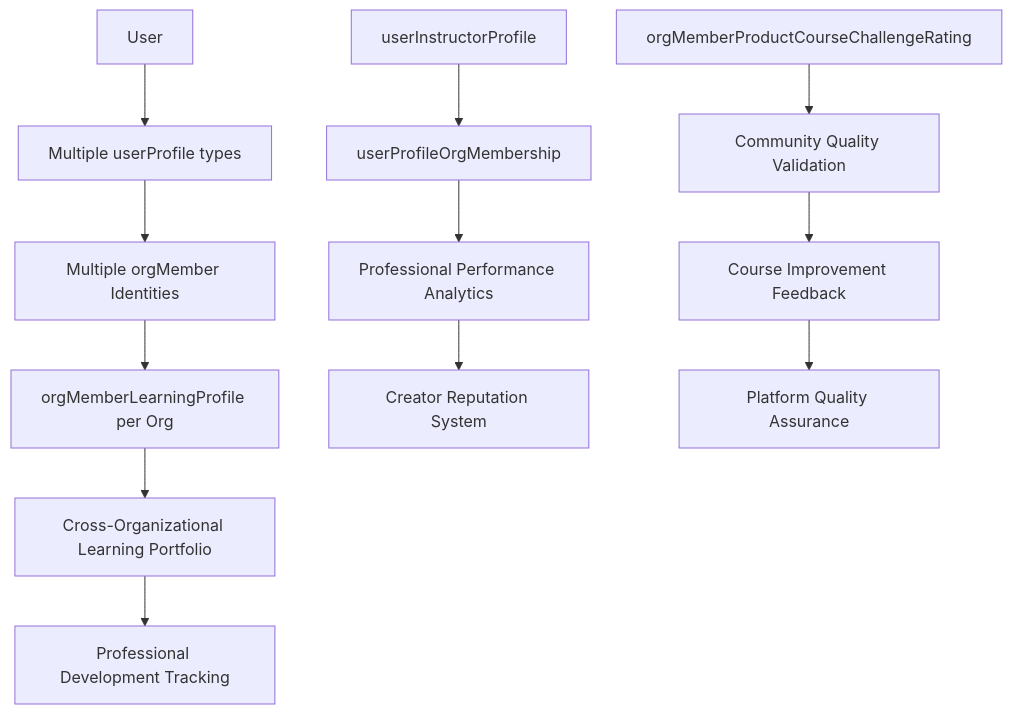
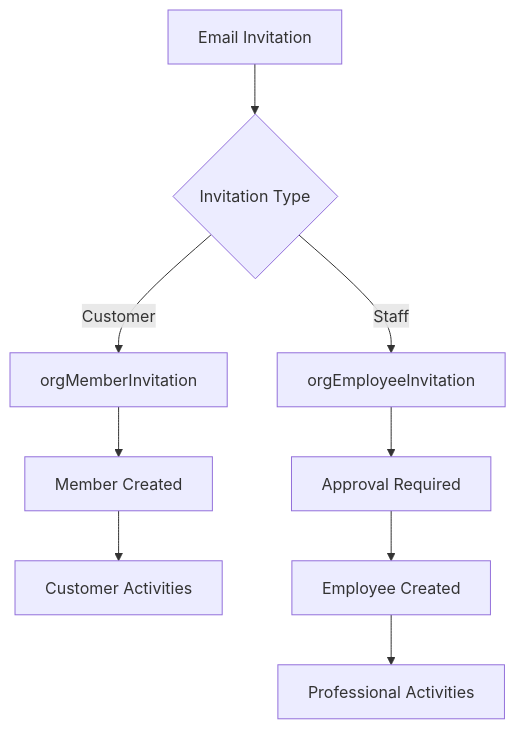
Before and after one commit to DreamEcho100/maze: the fourth of 4 diagrams in apps/volmify/src/server/libs/db/schema/README.md, drawn with Mermaid. The commit also changed other lines of this file and 50 other files, not shown here.

First line of the commit message:
Refactor user profile schema and relations

````diff
--- a/apps/volmify/src/server/libs/db/schema/README.md
+++ b/apps/volmify/src/server/libs/db/schema/README.md
@@ -310,16 +301,11 @@
 ```mermaid
 graph TD
-    A[User] --> B[Multiple userProfile types]
-    B --> C[Multiple orgMember Identities]
-    C --> D[orgMemberLearningProfile per Org]
-    D --> E[Cross-Organizational Learning Portfolio]
-    E --> F[Professional Development Tracking]
-    
-    G[userInstructorProfile] --> H[userProfileOrgMembership]
-    H --> I[Professional Performance Analytics]
-    I --> J[Creator Reputation System]
-    
-    K[orgMemberProductCourseChallengeRating] --> L[Community Quality Validation]
-    L --> M[Course Improvement Feedback]
-    M --> N[Platform Quality Assurance]
+    A[Email Invitation] --> B{Invitation Type}
+    B -->|Customer| C[orgMemberInvitation]
+    B -->|Staff| D[orgEmployeeInvitation]
+    C --> E[Member Created]
+    E --> F[Customer Activities]
+    D --> G[Approval Required]
+    G --> H[Employee Created]
+    H --> I[Professional Activities]
 ```
````
